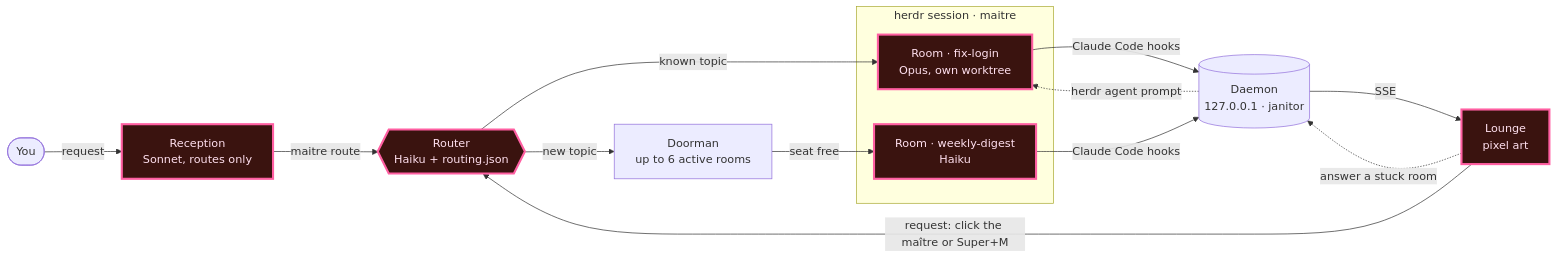
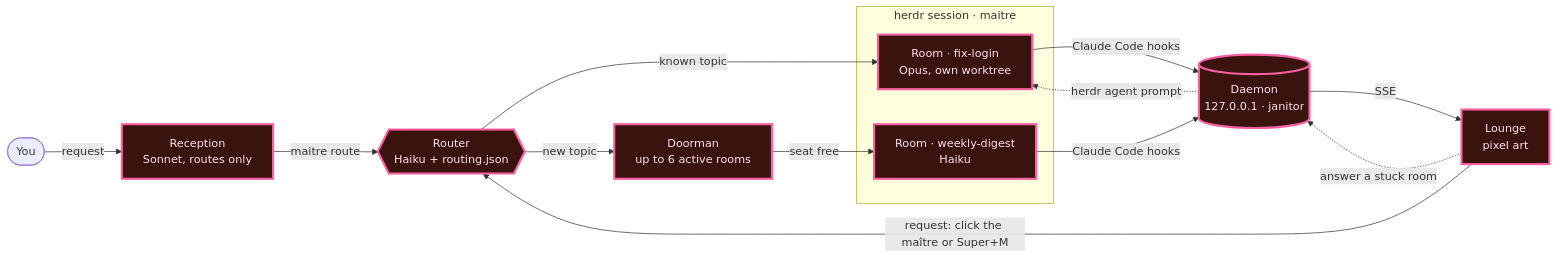
One commit to danielrdg/maitre changed the diagram in README.md. Above: the diagram before and after it, drawn with Mermaid. The commit also changed other lines of this file and 48 other files, not shown here.

````diff
--- a/README.md
+++ b/README.md
@@ -228,19 +260,19 @@
 ```mermaid
 flowchart LR
   you(["You"]) -->|"request"| rec["Reception<br/>Sonnet, routes only"]
   rec -->|"maitre route"| router{{"Router<br/>Haiku + routing.json"}}
   router -->|"known topic"| roomA
   router -->|"new topic"| doorman["Doorman<br/>up to 6 active rooms"]
   doorman -->|"seat free"| roomB
   subgraph herdr["herdr session · maitre"]
     roomA["Room · fix-login<br/>Opus, own worktree"]
     roomB["Room · weekly-digest<br/>Haiku"]
   end
   roomA & roomB -->|"Claude Code hooks"| daemon[("Daemon<br/>127.0.0.1 · janitor")]
   daemon -->|"SSE"| lounge["Lounge<br/>pixel art"]
   lounge -->|"request: click the maître or Super+M"| router
   lounge -.->|"answer a stuck room"| daemon
   daemon -.->|"herdr agent prompt"| roomA
   classDef now fill:#3a130f,stroke:#ff5fa2,stroke-width:3px,color:#ffe0ef
-  class rec,router,roomA,roomB,lounge now
+  class rec,router,doorman,roomA,roomB,daemon,lounge now
 ```
````
